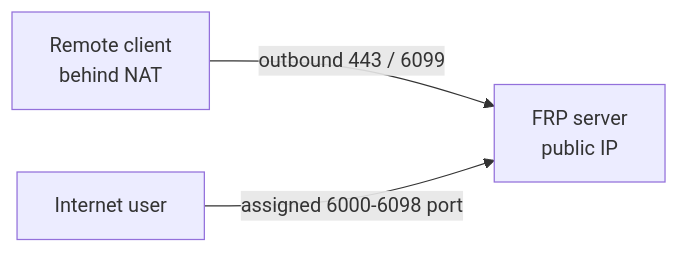
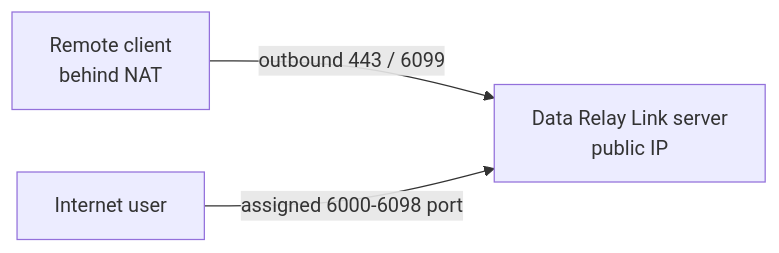
The first of 4 diagrams in deployment/firewall-nat.mdx (datarelay-labs/data-relay-link-docs), drawn with Mermaid before and after one commit. The commit also changed other lines of this file and 36 other files, not shown here.

````diff
--- a/deployment/firewall-nat.mdx
+++ b/deployment/firewall-nat.mdx
@@ -16,5 +16,5 @@
 ```mermaid
 flowchart LR
-    C[Remote client\nbehind NAT] -->|outbound 443 / 6099| S[FRP server\npublic IP]
+    C[Remote client\nbehind NAT] -->|outbound 443 / 6099| S[Data Relay Link server\npublic IP]
     U[Internet user] -->|assigned 6000-6098 port| S
 ```
````
